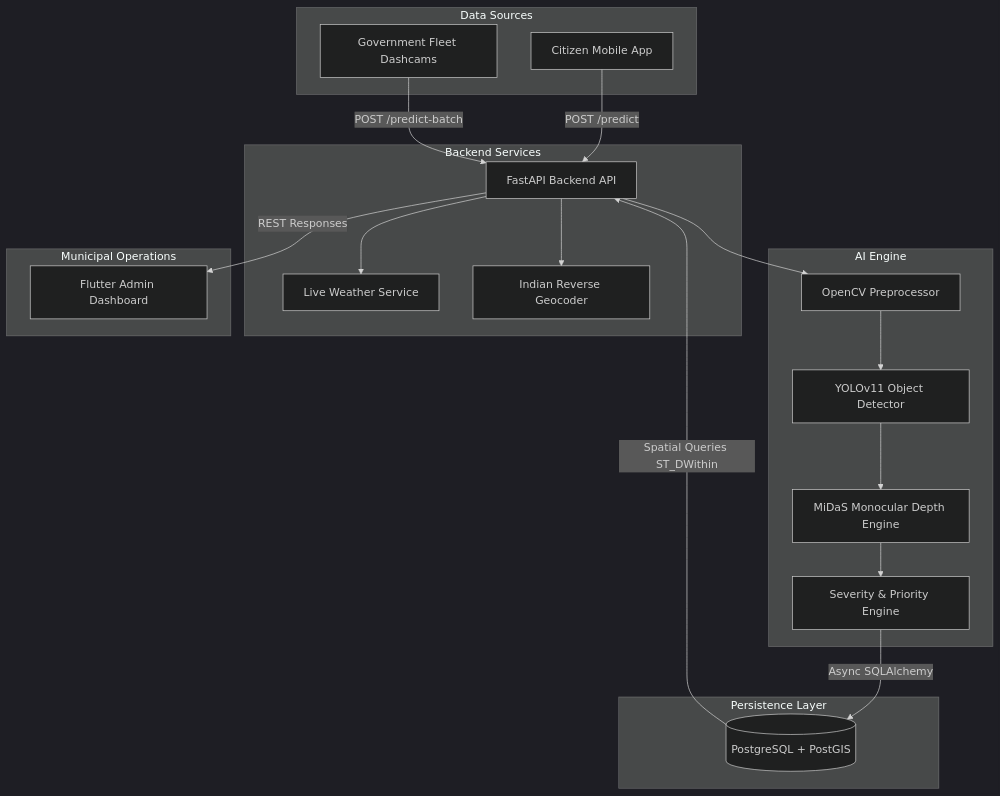
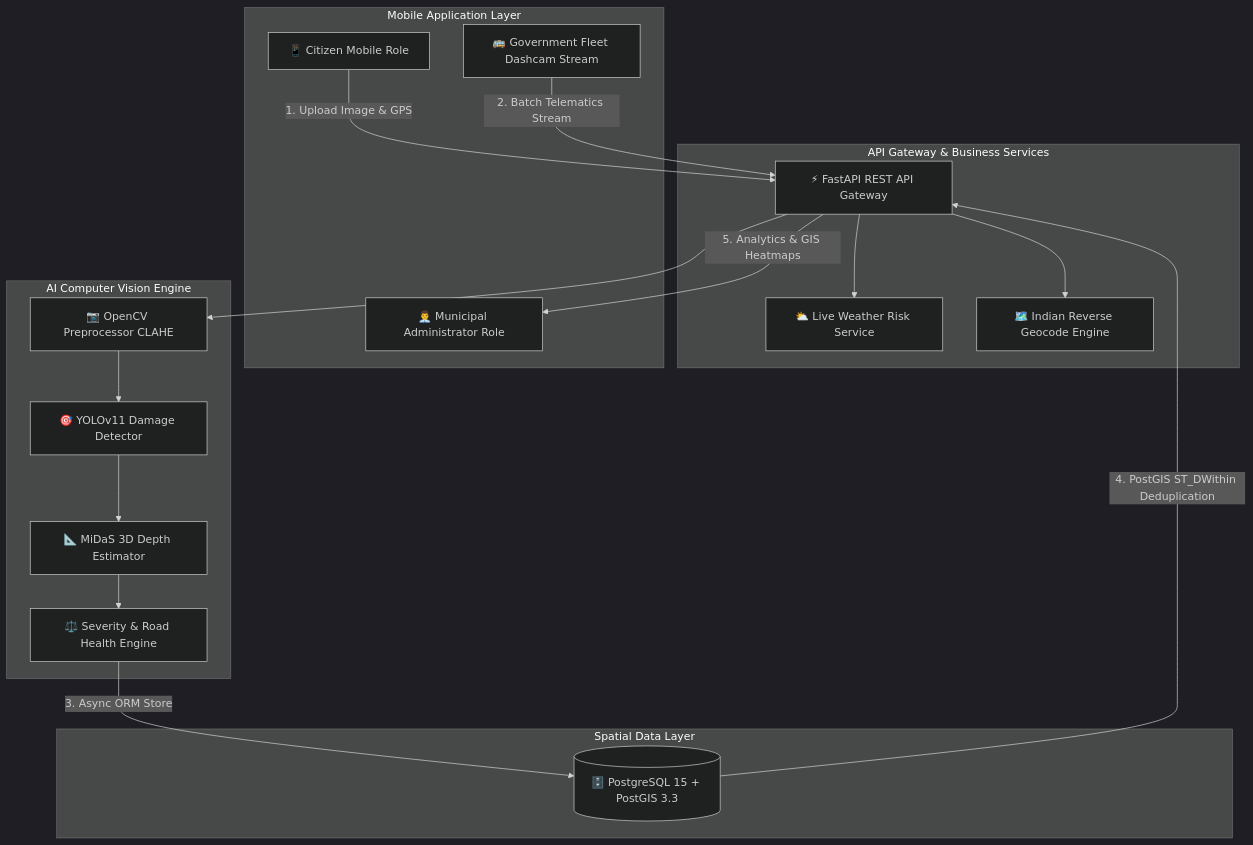
The first of 4 diagrams in README.md (mubeenah-collab/AI-powered-roadcare), drawn with Mermaid (dark theme) before and after one commit. The commit also changed other lines of this file, not shown here.

Commit message:
docs: redesign README.md into world-class GitHub documentation with modern layout, Mermaid diagrams, and feature specs

````diff
--- a/README.md
+++ b/README.md
@@ -65,40 +108,37 @@
 ```mermaid
 flowchart TD
-    subgraph Data Sources
-        A[Citizen Mobile App]
-        B[Government Fleet Dashcams]
+    subgraph Mobile Application Layer
+        A[📱 Citizen Mobile Role]
+        B[🚌 Government Fleet Dashcam Stream]
+        C[👨‍💼 Municipal Administrator Role]
     end
 
-    subgraph Backend Services
-        C[FastAPI Backend API]
-        D[Live Weather Service]
-        E[Indian Reverse Geocoder]
+    subgraph API Gateway & Business Services
+        D[⚡ FastAPI REST API Gateway]
+        E[⛅ Live Weather Risk Service]
+        F[🗺️ Indian Reverse Geocode Engine]
     end
 
-    subgraph AI Engine
-        F[OpenCV Preprocessor]
-        G[YOLOv11 Object Detector]
-        H[MiDaS Monocular Depth Engine]
-        I[Severity & Priority Engine]
+    subgraph AI Computer Vision Engine
+        G[📷 OpenCV Preprocessor CLAHE]
+        H[🎯 YOLOv11 Damage Detector]
+        I[📐 MiDaS 3D Depth Estimator]
+        J[⚖️ Severity & Road Health Engine]
     end
 
-    subgraph Persistence Layer
-        J[(PostgreSQL + PostGIS)]
+    subgraph Spatial Data Layer
+        K[(🗄️ PostgreSQL 15 + PostGIS 3.3)]
     end
 
-    subgraph Municipal Operations
-        K[Flutter Admin Dashboard]
-    end
-
-    A -->|POST /predict| C
-    B -->|POST /predict-batch| C
-    C --> D
-    C --> E
-    C --> F
-    F --> G
+    A -->|1. Upload Image & GPS| D
+    B -->|2. Batch Telematics Stream| D
+    D --> E
+    D --> F
+    D --> G
     G --> H
     H --> I
-    I -->|Async SQLAlchemy| J
-    J -->|Spatial Queries ST_DWithin| C
-    C -->|REST Responses| K
+    I --> J
+    J -->|3. Async ORM Store| K
+    K -->|4. PostGIS ST_DWithin Deduplication| D
+    D -->|5. Analytics & GIS Heatmaps| C
 ```
````
